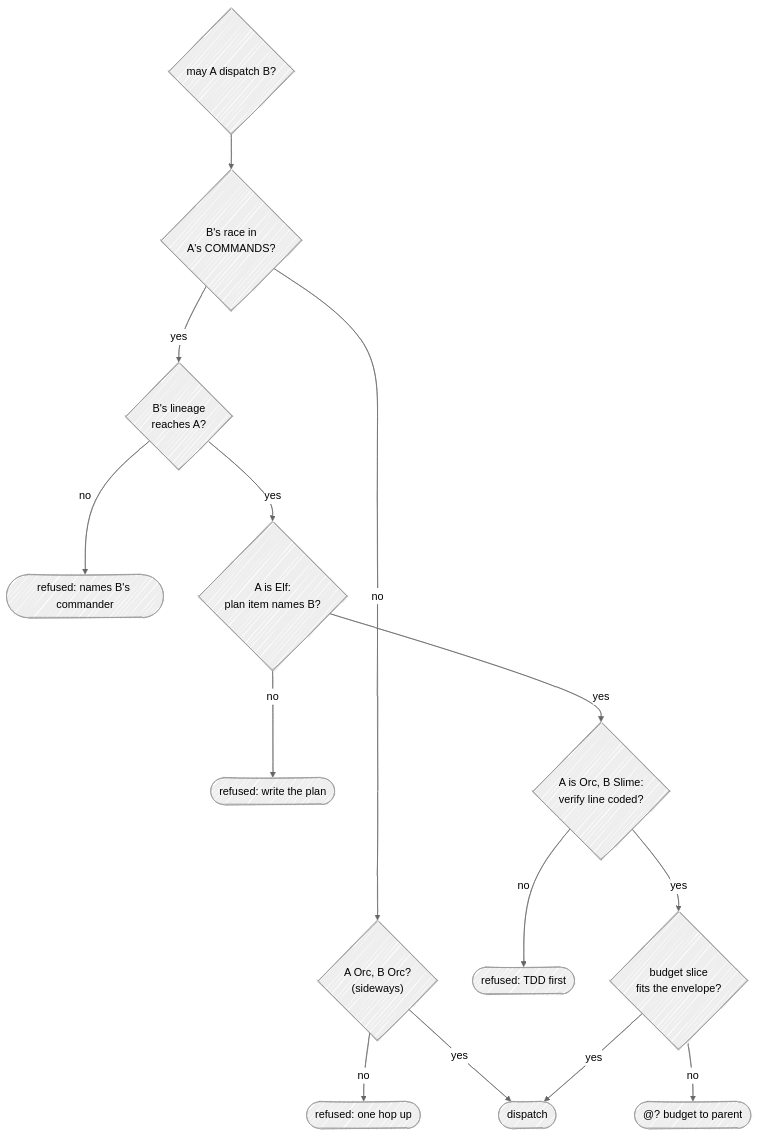
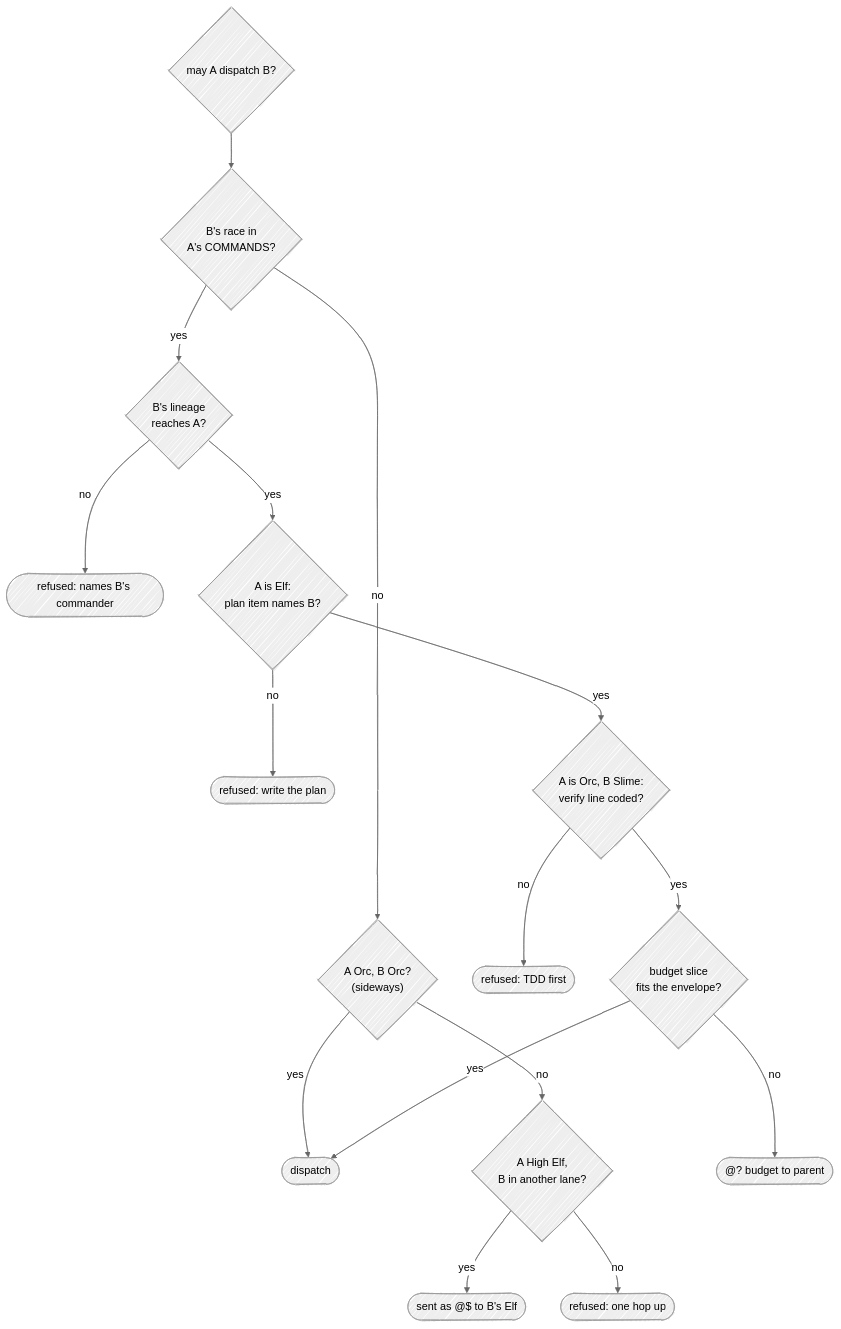
One commit to Kaginari/mnemorph changed the second of 3 diagrams in docs/04-communication.md. Above: the diagram before and after it, drawn with Mermaid. The commit also changed other lines of this file and 10 other files, not shown here.

````diff
--- a/docs/04-communication.md
+++ b/docs/04-communication.md
@@ -93,21 +98,23 @@
 ```mermaid
 ---
 config:
   look: handDrawn
   theme: neutral
 ---
 flowchart TD
     Q{"may A dispatch B?"} --> C1{"B's race in<br/>A's COMMANDS?"}
     C1 -- no --> C1b{"A Orc, B Orc?<br/>(sideways)"}
-    C1b -- no --> NO1(["refused: one hop up"])
     C1b -- yes --> OK
+    C1b -- no --> C1c{"A High Elf,<br/>B in another lane?"}
+    C1c -- yes --> VIA(["sent as @$ to B's Elf"])
+    C1c -- no --> NO1(["refused: one hop up"])
     C1 -- yes --> C2{"B's lineage<br/>reaches A?"}
     C2 -- no --> NO2(["refused: names B's commander"])
     C2 -- yes --> C3{"A is Elf:<br/>plan item names B?"}
     C3 -- no --> NO3(["refused: write the plan"])
     C3 -- yes --> C4{"A is Orc, B Slime:<br/>verify line coded?"}
     C4 -- no --> NO4(["refused: TDD first"])
     C4 -- yes --> C5{"budget slice<br/>fits the envelope?"}
     C5 -- no --> NO5(["@? budget to parent"])
     C5 -- yes --> OK(["dispatch"])
 ```
````
